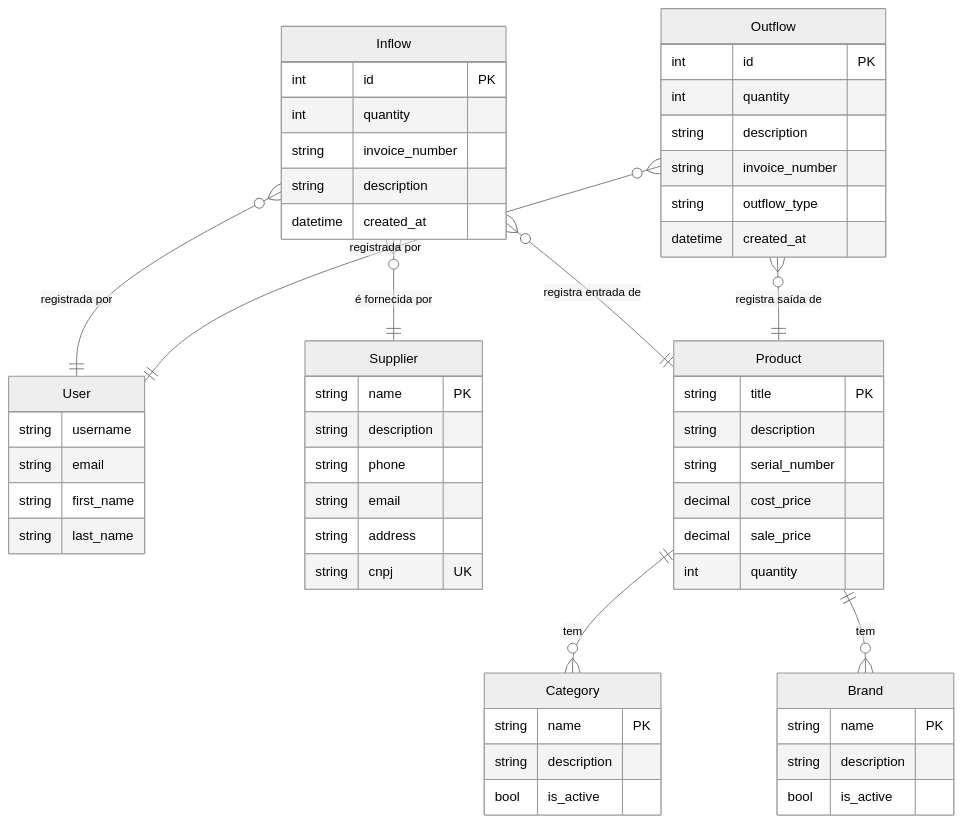
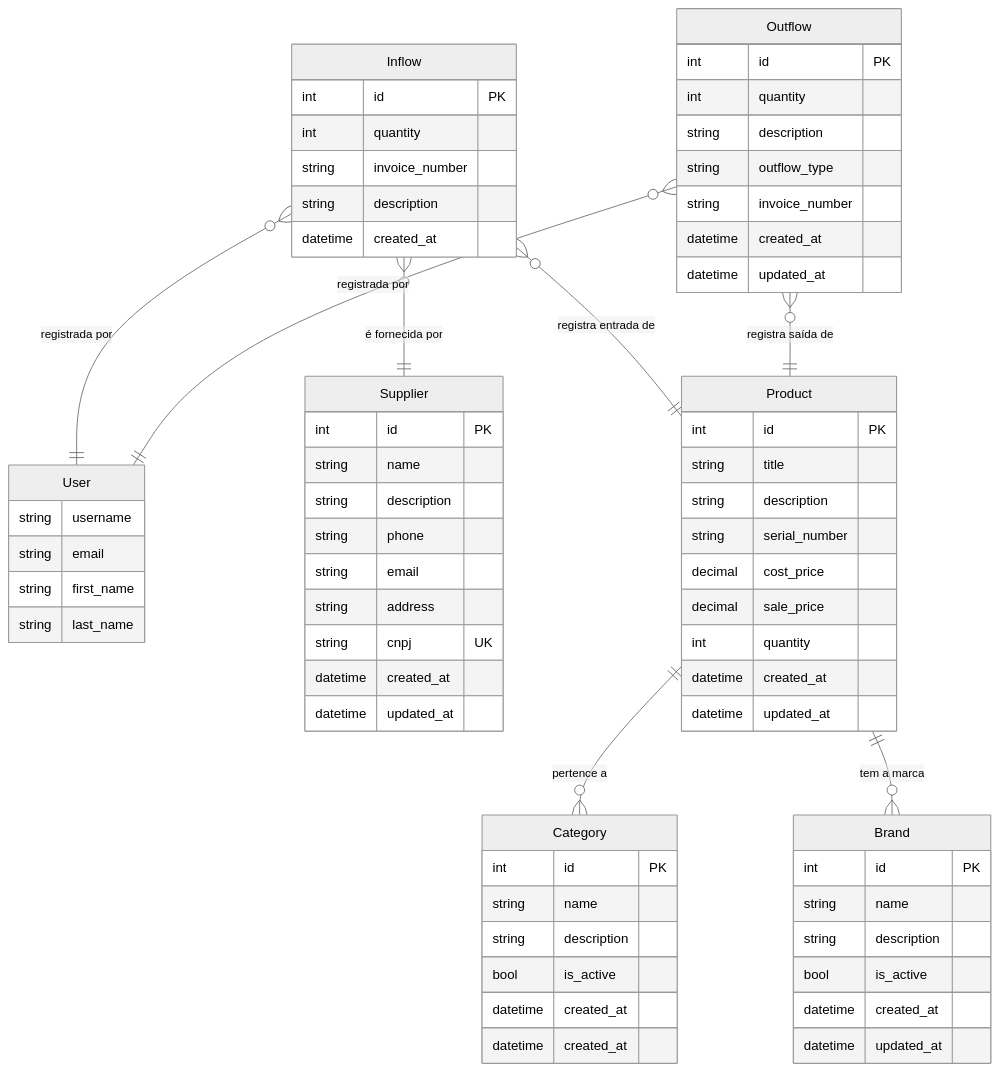
One commit to eriknathan/sistema-gerenciamento-estoque changed the diagram in README.md. Above: the diagram before and after it, drawn with Mermaid (neutral theme). The commit also changed other lines of this file and 15 other files, not shown here.

````diff
--- a/README.md
+++ b/README.md
@@ -11,64 +11,77 @@
 ```mermaid
 erDiagram
     User {
         string username
         string email
         string first_name
         string last_name
     }
 
     Supplier {
-        string name PK
+        int id PK
+        string name
         string description
         string phone
         string email
         string address
         string cnpj UK
+        datetime created_at
+        datetime updated_at
     }
 
     Category {
-        string name PK
+        int id PK
+        string name
         string description
         bool is_active
+        datetime created_at
+        datetime created_at
     }
 
     Brand {
-        string name PK
+        int id PK
+        string name
         string description
         bool is_active
+        datetime created_at
+        datetime updated_at
     }
 
     Product {
-        string title PK
+        int id PK
+        string title
         string description
         string serial_number
         decimal cost_price
         decimal sale_price
         int quantity
+        datetime created_at
+        datetime updated_at
     }
 
     Inflow {
         int id PK
         int quantity
         string invoice_number
         string description
         datetime created_at
     }
 
     Outflow {
         int id PK
         int quantity
         string description
+        string outflow_type
         string invoice_number
-        string outflow_type
         datetime created_at
+        datetime updated_at
     }
 
-    Product ||--o{ Category : "tem"
-    Product ||--o{ Brand : "tem"
+    Product ||--o{ Category : "pertence a"
+    Product ||--o{ Brand : "tem a marca"
     Inflow }o--|| Product : "registra entrada de"
     Inflow }o--|| Supplier : "é fornecida por"
     Inflow }o--|| User : "registrada por"
     Outflow }o--|| Product : "registra saída de"
     Outflow }o--|| User : "registrada por"
 ```
````
